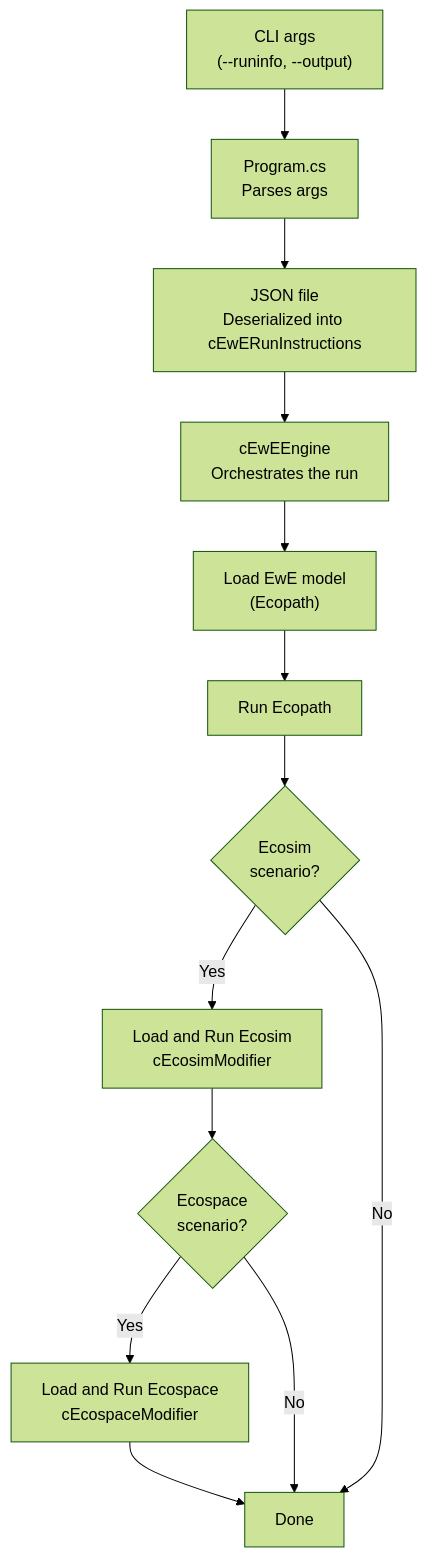
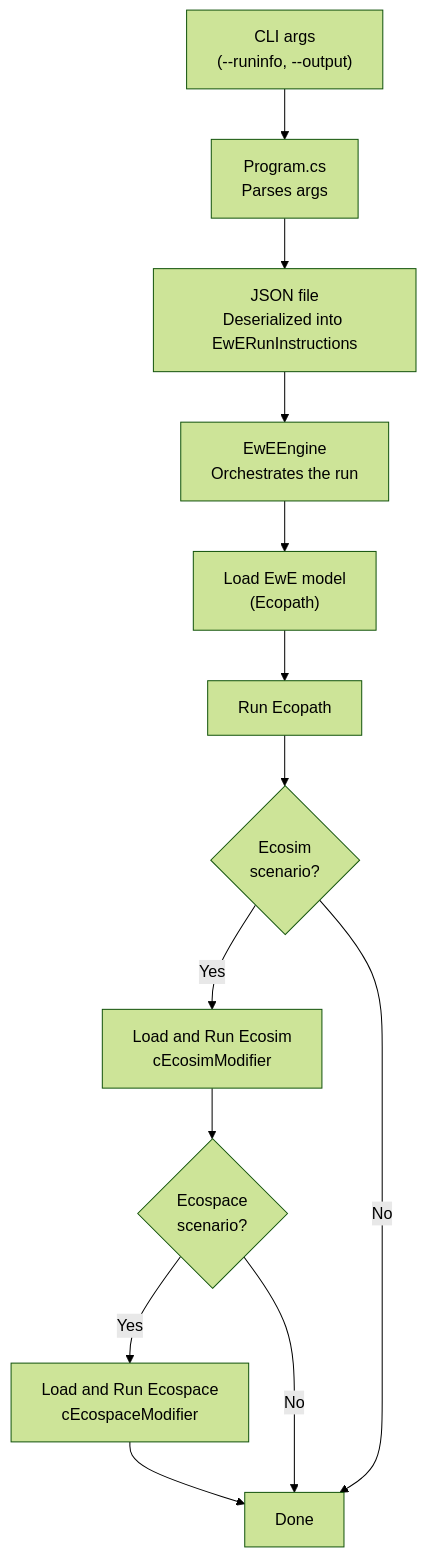
The first of 2 diagrams in README.md (Official-EwE/Eii.Ecopath.Runner), drawn with Mermaid (forest theme) before and after one commit. The commit also changed other lines of this file and 108 other files, not shown here.

````diff
--- a/README.md
+++ b/README.md
@@ -30,15 +30,15 @@
 ```mermaid
 flowchart TD
     A["CLI args\n(--runinfo, --output)"] --> B["Program.cs\nParses args"]
-    B --> C["JSON file\nDeserialized into cEwERunInstructions"]
-    C --> D["cEwEEngine\nOrchestrates the run"]
+    B --> C["JSON file\nDeserialized into EwERunInstructions"]
+    C --> D["EwEEngine\nOrchestrates the run"]
     D --> E["Load EwE model\n(Ecopath)"]
     E --> F["Run Ecopath"]
     F --> G{"Ecosim\nscenario?"}
     G -- Yes --> H["Load and Run Ecosim\ncEcosimModifier"]
     H --> I{"Ecospace\nscenario?"}
     I -- Yes --> J["Load and Run Ecospace\ncEcospaceModifier"]
     J --> K["Done"]
     G -- No --> K
     I -- No --> K
 ```
````
